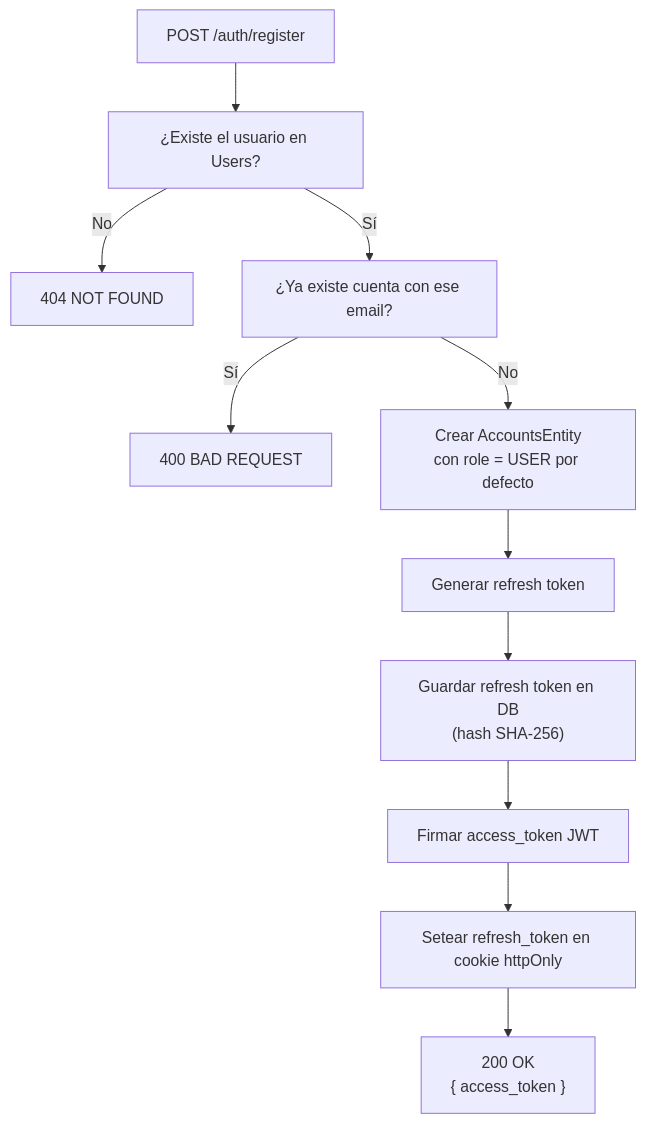
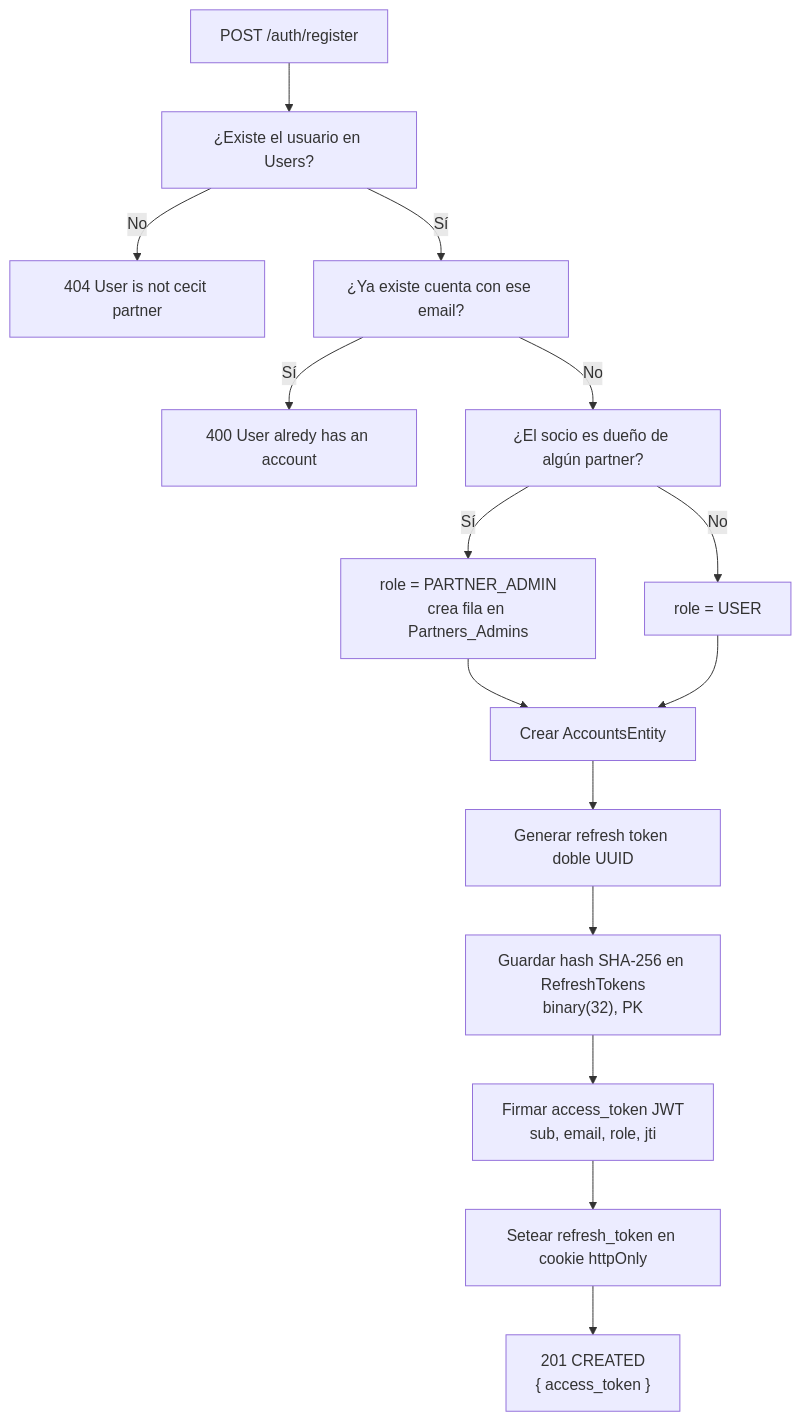
Before and after one commit to FedeLupianez/cecit-backend: the first of 10 diagrams in docs/tecnical/auth.md, drawn with Mermaid. The commit also changed other lines of this file and 24 other files, not shown here.

````diff
--- a/docs/tecnical/auth.md
+++ b/docs/tecnical/auth.md
@@ -32,13 +35,17 @@
 ```mermaid
 flowchart TD
     A[POST /auth/register] --> B[¿Existe el usuario en Users?]
-    B -->|No| C[404 NOT FOUND]
+    B -->|No| C[404 User is not cecit partner]
     B -->|Sí| D[¿Ya existe cuenta con ese email?]
-    D -->|Sí| E[400 BAD REQUEST]
-    D -->|No| F["Crear AccountsEntity<br/>con role = USER por defecto"]
-    F --> G[Generar refresh token]
-    G --> H["Guardar refresh token en DB<br/>(hash SHA-256)"]
-    H --> I[Firmar access_token JWT]
-    I --> J[Setear refresh_token en cookie httpOnly]
-    J --> K["200 OK<br/>{ access_token }"]
+    D -->|Sí| E[400 User alredy has an account]
+    D -->|No| F[¿El socio es dueño de algún partner?]
+    F -->|Sí| G["role = PARTNER_ADMIN<br/>crea fila en Partners_Admins"]
+    F -->|No| H[role = USER]
+    G --> I[Crear AccountsEntity]
+    H --> I
+    I --> J[Generar refresh token doble UUID]
+    J --> K["Guardar hash SHA-256 en RefreshTokens<br/>binary(32), PK"]
+    K --> L["Firmar access_token JWT<br/>sub, email, role, jti"]
+    L --> M[Setear refresh_token en cookie httpOnly]
+    M --> N["201 CREATED<br/>{ access_token }"]
 ```
````
